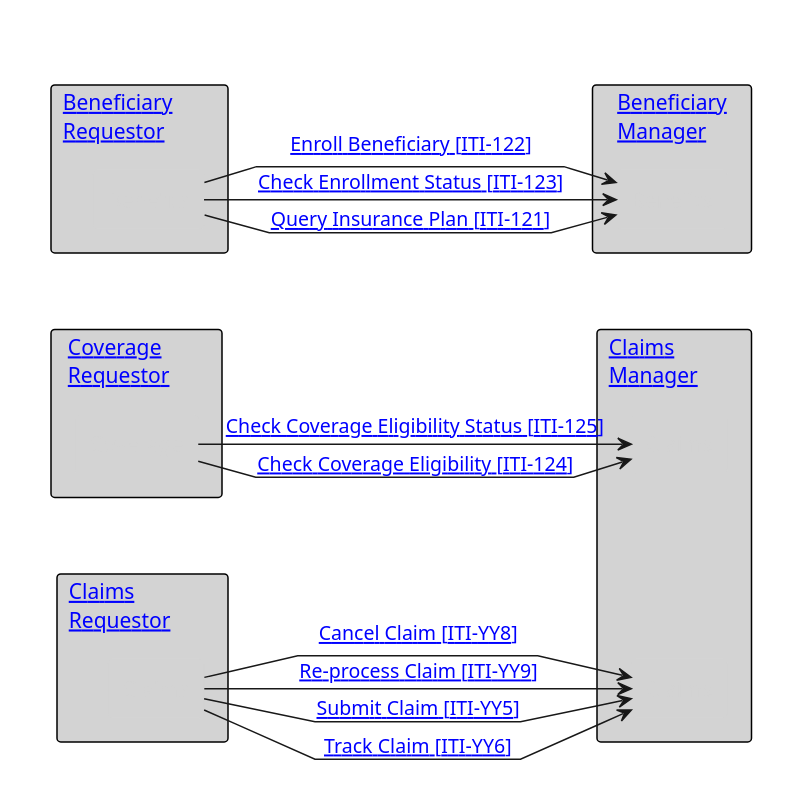
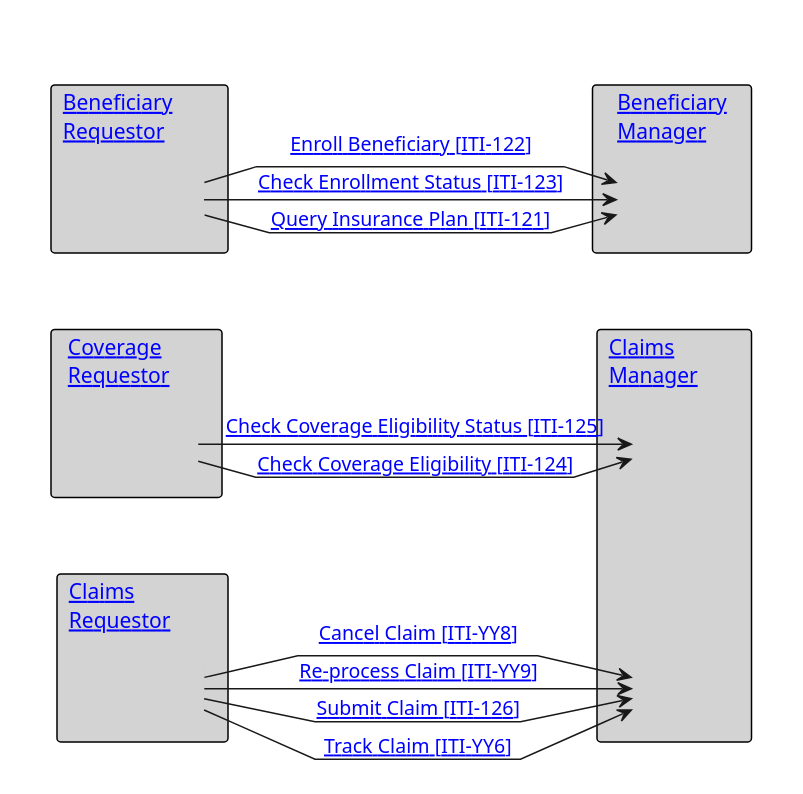
Before and after one commit to IHE/ITI.Finance: the diagram in input/images-source/ActorsAndTransactions.plantuml, drawn with PlantUML. The commit also changed 16 other files, not shown here.

```diff
--- a/input/images-source/ActorsAndTransactions.plantuml
+++ b/input/images-source/ActorsAndTransactions.plantuml
@@ -1,59 +1,59 @@
 @startuml
 skinparam package {
   BorderColor transparent
   BackgroundColor transparent
   Shadowing false
 }
 skinparam rectangle {
   BorderColor black
   BackgroundColor lightgrey
   Shadowing false
   FontStyle normal
 }
 skinparam agent {
   BorderColor lightgrey
   BackgroundColor lightgrey
   FontColor lightgrey
   Shadowing false
 }
 
 hide footbox
 'skinparam svgDimensionStyle false
 skinparam linetype polyline
 package "  "  {
   rectangle "[[#beneficiary-requestor Beneficiary        \nRequestor]]" as br {
     agent "Benefits" as BenReq
   }
   rectangle "[[#coverage-requestor Coverage        \nRequestor]]" as cr {
     agent "Coverage" as CovReq
   }
   rectangle "[[#claims-requestor Claims               \nRequestor]]" as cl {
     agent "Claims" as ClaimReq
   }
 }
 
 package " "  {
   rectangle "[[#beneficiary-manager Beneficiary\nManager]]" as Ben {
     agent "Benefits" as BenMan
   }
   rectangle "[[#claims-manager Claims            \nManager]]" as ClaimMan {
     agent "Claims" as ClaimMan1
     agent "Claims" as ClaimMan2
   }
 }
 BenReq -> BenMan : "[[ITI-121.html Query Insurance Plan &#91;ITI-121&#93;]]"
 BenReq -> BenMan : "[[ITI-122.html Enroll Beneficiary &#91;ITI-122&#93;]]"
 BenReq -> BenMan : "[[ITI-123.html Check Enrollment Status &#91;ITI-123&#93;]]"
 BenReq -[hidden]-> CovReq: ""
 CovReq -[hidden]-> ClaimReq: ""
 BenMan -[hidden]-> ClaimMan1: ""
 ClaimMan1 -[hidden]-> ClaimMan2: ""
 CovReq -> ClaimMan1 : "[[ITI-124.html Check Coverage Eligibility &#91;ITI-124&#93;]]"
 CovReq -> ClaimMan1 : "[[ITI-125.html Check Coverage Eligibility Status &#91;ITI-125&#93;]]"
-ClaimReq -> ClaimMan2 : "[[ITI-YY5.html Submit Claim &#91;ITI-YY5&#93;]]"
+ClaimReq -> ClaimMan2 : "[[ITI-126.html Submit Claim &#91;ITI-126&#93;]]"
 ClaimReq -> ClaimMan2 : "[[ITI-YY8.html Cancel Claim &#91;ITI-YY8&#93;]]"
 ClaimReq -> ClaimMan2 : "[[ITI-YY9.html Re-process Claim &#91;ITI-YY9&#93;]]"
 ClaimReq -> ClaimMan2 : "[[ITI-YY6.html Track Claim &#91;ITI-YY6&#93;]]"
 
 
 @endum
```
